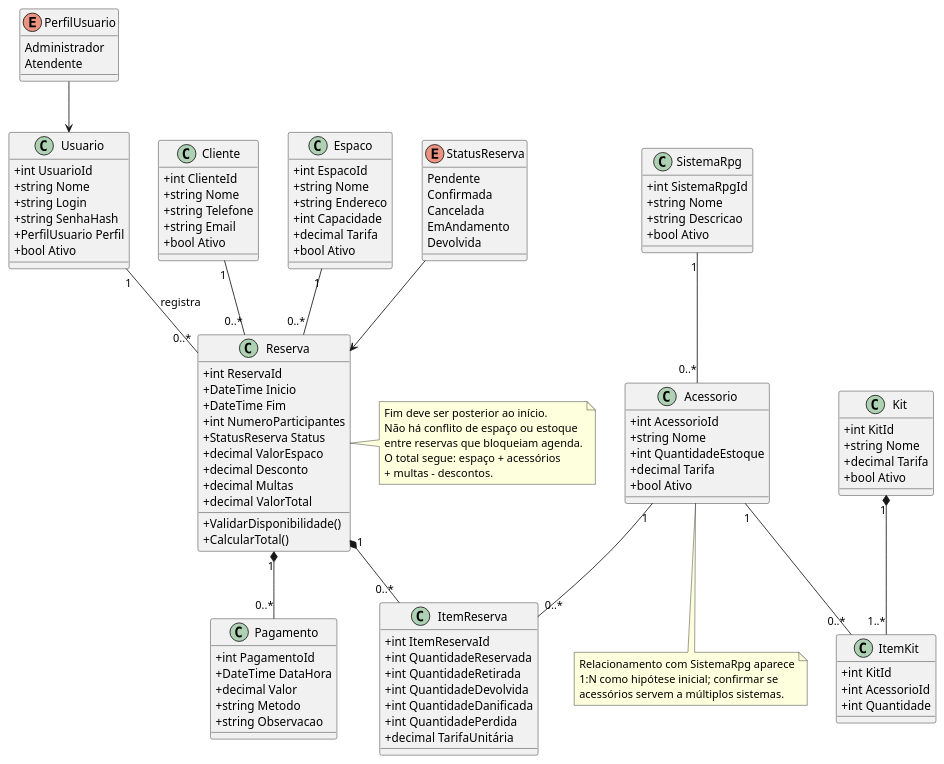
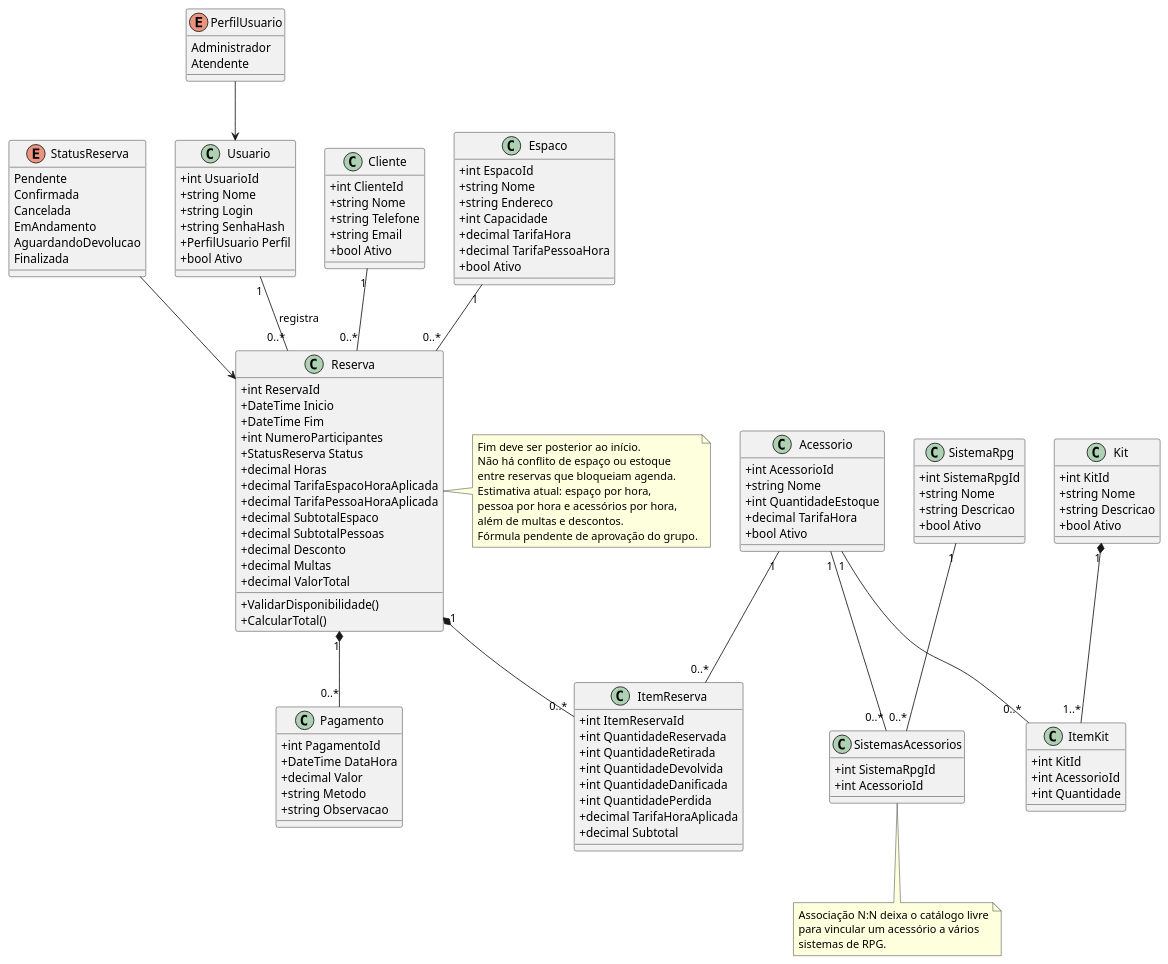
The diagram in docs/uml/classes.puml (AleFeroiz/aiRbPG), drawn with PlantUML before and after one commit. The commit also changed 41 other files, not shown here.

```diff
--- a/docs/uml/classes.puml
+++ b/docs/uml/classes.puml
@@ -1,129 +1,144 @@
 @startuml
 skinparam classAttributeIconSize 0
 
 enum PerfilUsuario {
   Administrador
   Atendente
 }
 
 enum StatusReserva {
   Pendente
   Confirmada
   Cancelada
   EmAndamento
-  Devolvida
+  AguardandoDevolucao
+  Finalizada
 }
 
 class Usuario {
   +int UsuarioId
   +string Nome
   +string Login
   +string SenhaHash
   +PerfilUsuario Perfil
   +bool Ativo
 }
 
 class Cliente {
   +int ClienteId
   +string Nome
   +string Telefone
   +string Email
   +bool Ativo
 }
 
 class Espaco {
   +int EspacoId
   +string Nome
   +string Endereco
   +int Capacidade
-  +decimal Tarifa
+  +decimal TarifaHora
+  +decimal TarifaPessoaHora
   +bool Ativo
 }
 
 class SistemaRpg {
   +int SistemaRpgId
   +string Nome
   +string Descricao
   +bool Ativo
 }
 
+class SistemasAcessorios {
+  +int SistemaRpgId
+  +int AcessorioId
+}
+
 class Acessorio {
   +int AcessorioId
   +string Nome
   +int QuantidadeEstoque
-  +decimal Tarifa
+  +decimal TarifaHora
   +bool Ativo
 }
 
 class Kit {
   +int KitId
   +string Nome
-  +decimal Tarifa
+  +string Descricao
   +bool Ativo
 }
 
 class ItemKit {
   +int KitId
   +int AcessorioId
   +int Quantidade
 }
 
 class Reserva {
   +int ReservaId
   +DateTime Inicio
   +DateTime Fim
   +int NumeroParticipantes
   +StatusReserva Status
-  +decimal ValorEspaco
+  +decimal Horas
+  +decimal TarifaEspacoHoraAplicada
+  +decimal TarifaPessoaHoraAplicada
+  +decimal SubtotalEspaco
+  +decimal SubtotalPessoas
   +decimal Desconto
   +decimal Multas
   +decimal ValorTotal
   +ValidarDisponibilidade()
   +CalcularTotal()
 }
 
 class ItemReserva {
   +int ItemReservaId
   +int QuantidadeReservada
   +int QuantidadeRetirada
   +int QuantidadeDevolvida
   +int QuantidadeDanificada
   +int QuantidadePerdida
-  +decimal TarifaUnitária
+  +decimal TarifaHoraAplicada
+  +decimal Subtotal
 }
 
 class Pagamento {
   +int PagamentoId
   +DateTime DataHora
   +decimal Valor
   +string Metodo
   +string Observacao
 }
 
 PerfilUsuario --> Usuario
 StatusReserva --> Reserva
 Cliente "1" -- "0..*" Reserva
 Espaco "1" -- "0..*" Reserva
 Usuario "1" -- "0..*" Reserva : registra
 Reserva "1" *-- "0..*" ItemReserva
 Acessorio "1" -- "0..*" ItemReserva
-SistemaRpg "1" -- "0..*" Acessorio
+SistemaRpg "1" -- "0..*" SistemasAcessorios
+Acessorio "1" -- "0..*" SistemasAcessorios
 Kit "1" *-- "1..*" ItemKit
 Acessorio "1" -- "0..*" ItemKit
 Reserva "1" *-- "0..*" Pagamento
 
 note right of Reserva
   Fim deve ser posterior ao início.
   Não há conflito de espaço ou estoque
   entre reservas que bloqueiam agenda.
-  O total segue: espaço + acessórios
-  + multas - descontos.
+  Estimativa atual: espaço por hora,
+  pessoa por hora e acessórios por hora,
+  além de multas e descontos.
+  Fórmula pendente de aprovação do grupo.
 end note
 
-note bottom of Acessorio
-  Relacionamento com SistemaRpg aparece
-  1:N como hipótese inicial; confirmar se
-  acessórios servem a múltiplos sistemas.
+note bottom of SistemasAcessorios
+  Associação N:N deixa o catálogo livre
+  para vincular um acessório a vários
+  sistemas de RPG.
 end note
 
 @enduml
```
